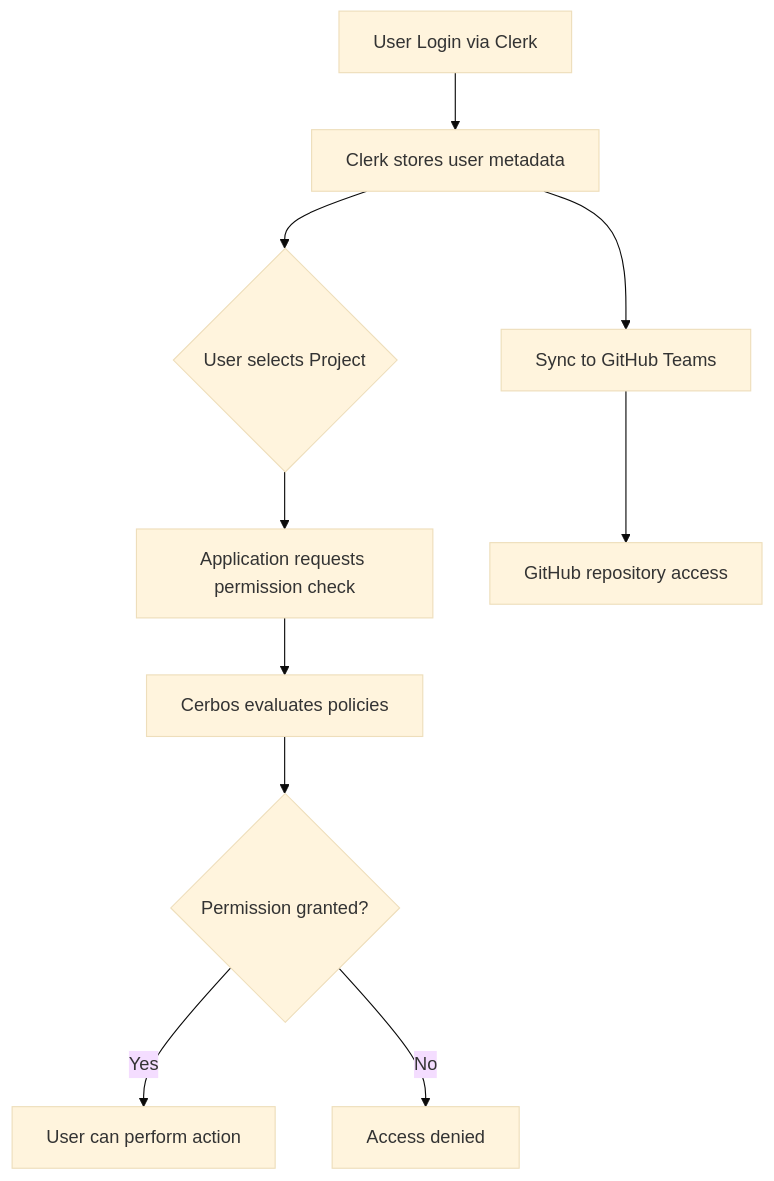
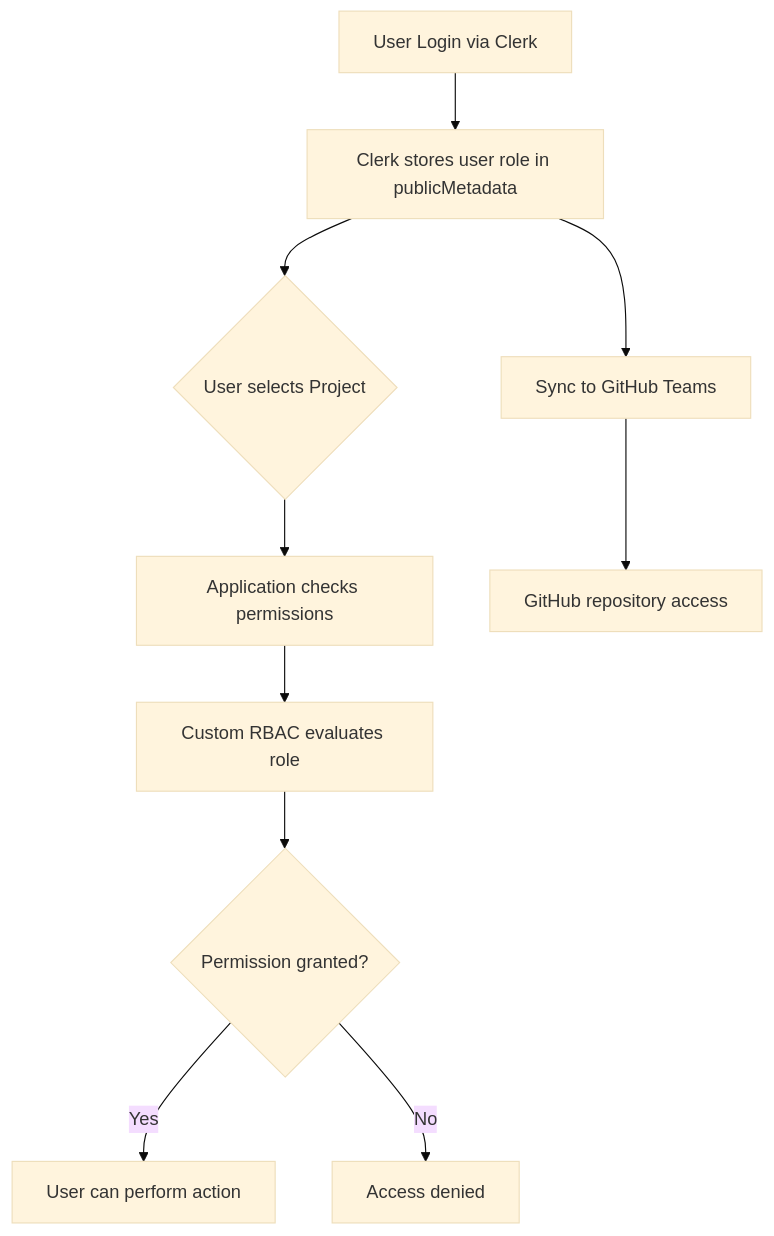
The diagram in developer_notes/projects-teams-and-review-groups-structure.md (iflastandards/platform), drawn with Mermaid (base theme) before and after one commit. The commit also changed other lines of this file and 22 other files, not shown here.

First line of the commit message:
docs: Remove Cerbos references and align documentation with actual RBAC implementation

````diff
--- a/developer_notes/projects-teams-and-review-groups-structure.md
+++ b/developer_notes/projects-teams-and-review-groups-structure.md
@@ -226,13 +226,13 @@
 ```mermaid
 graph TD
-    A[User Login via Clerk] --> B[Clerk stores user metadata]
+    A[User Login via Clerk] --> B[Clerk stores user role in publicMetadata]
     B --> C{User selects Project}
-    C --> D[Application requests permission check]
-    D --> E[Cerbos evaluates policies]
+    C --> D[Application checks permissions]
+    D --> E[Custom RBAC evaluates role]
     E --> F{Permission granted?}
     F -->|Yes| G[User can perform action]
     F -->|No| H[Access denied]
     
     B --> I[Sync to GitHub Teams]
     I --> J[GitHub repository access]
 ```
````
